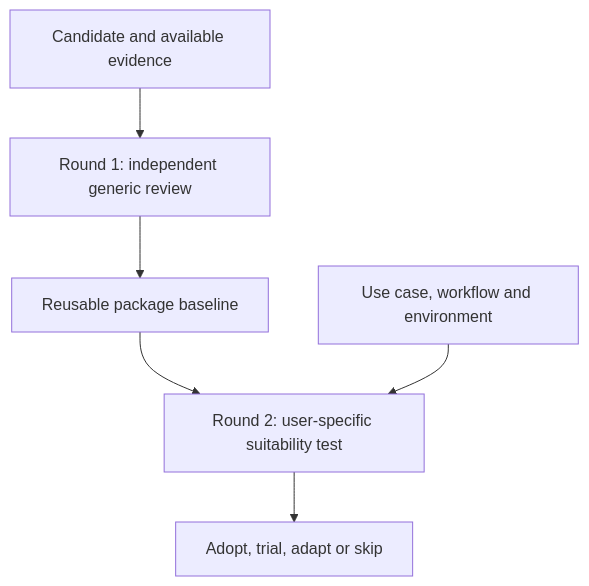
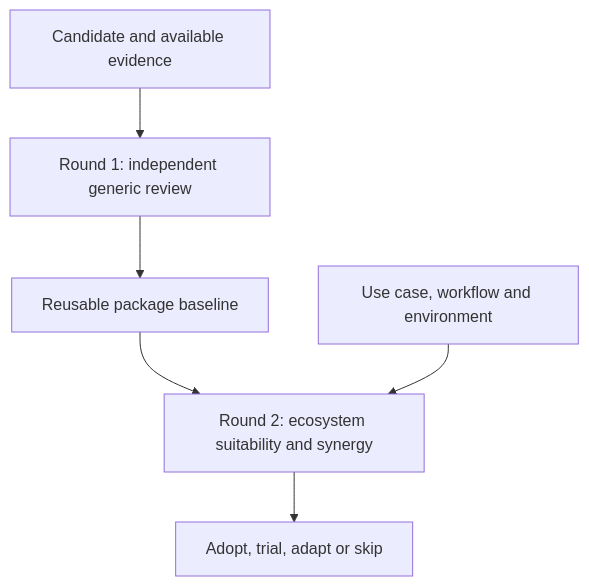
The diagram in README.md (TianjinAI/skill-evaluator), drawn with Mermaid before and after one commit. The commit also changed other lines of this file and 7 other files, not shown here.

Commit message:
Frame Round 2 around ecosystem suitability and synergy

````diff
--- a/README.md
+++ b/README.md
@@ -25,8 +25,8 @@
 ```mermaid
 flowchart TD
     A[Candidate and available evidence] --> B[Round 1: independent generic review]
     B --> C[Reusable package baseline]
-    C --> D[Round 2: user-specific suitability test]
+    C --> D[Round 2: ecosystem suitability and synergy]
     E[Use case, workflow and environment] --> D
     D --> F[Adopt, trial, adapt or skip]
 ```
````
